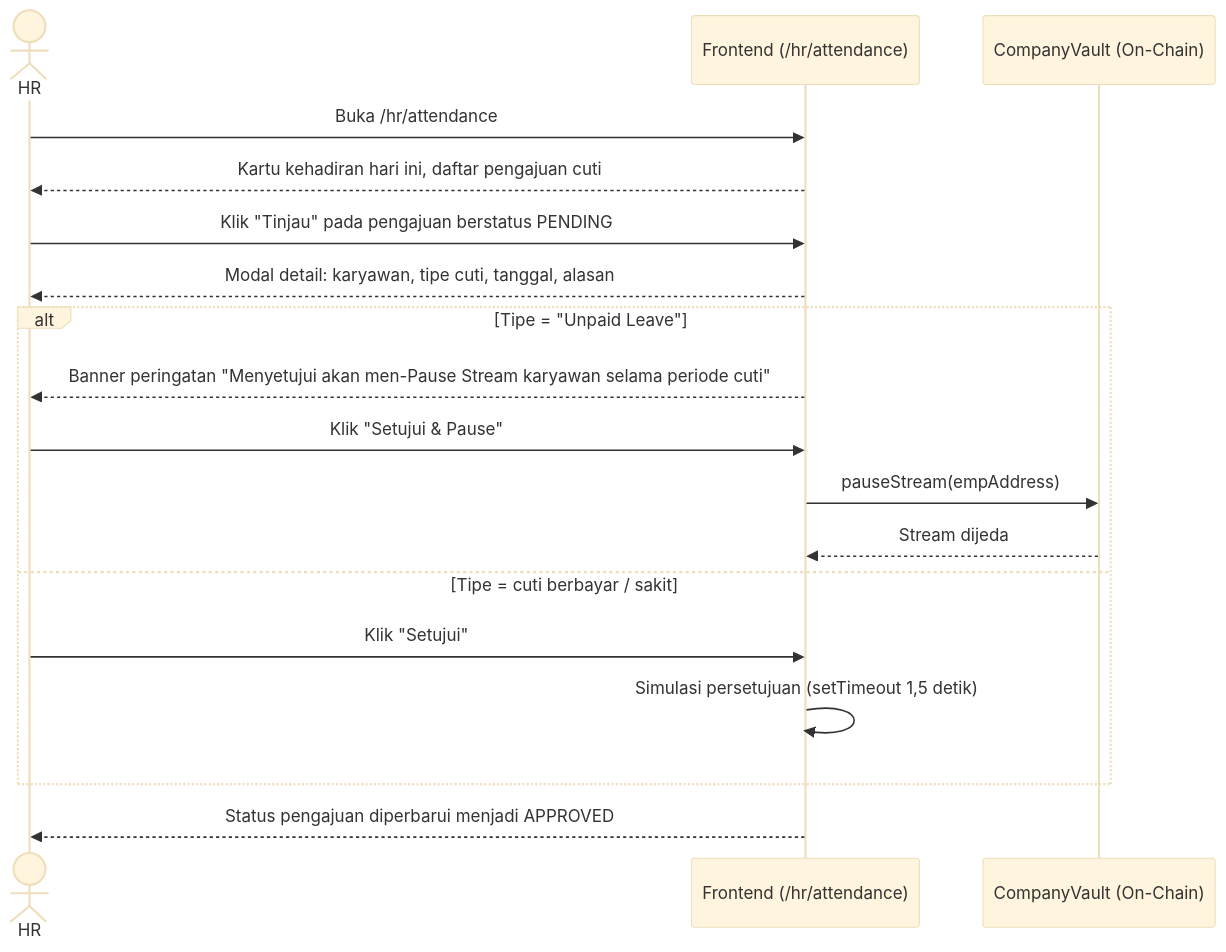
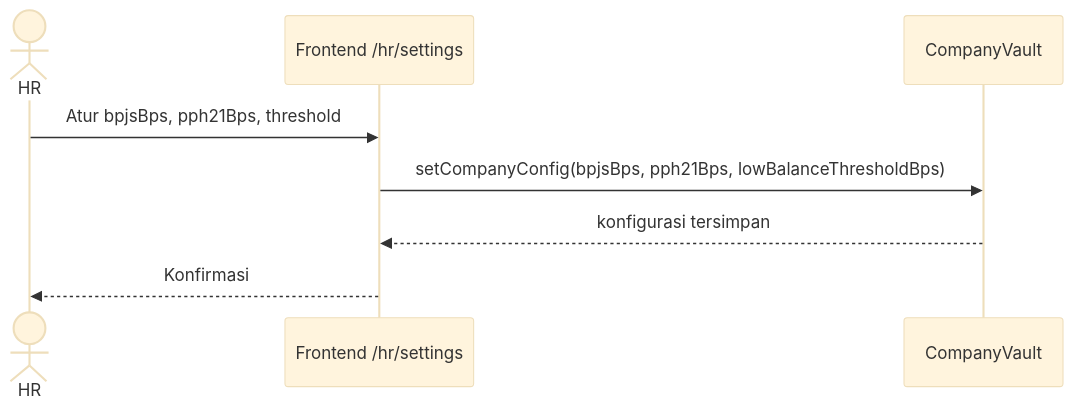
Before and after one commit to skripsi-payroll-dapp/docs: diagram 17 of 44 in docs/DPPL.md, drawn with Mermaid (base theme). The commit also changed other lines of this file and 4 other files, not shown here.

````diff
--- a/docs/DPPL.md
+++ b/docs/DPPL.md
@@ -1039,21 +820,10 @@
 ```mermaid
 sequenceDiagram
     actor HR
-    participant FE as Frontend (/hr/attendance)
-    participant Vault as CompanyVault (On-Chain)
-
-    HR->>FE: Buka /hr/attendance
-    FE-->>HR: Kartu kehadiran hari ini, daftar pengajuan cuti
-    HR->>FE: Klik "Tinjau" pada pengajuan berstatus PENDING
-    FE-->>HR: Modal detail: karyawan, tipe cuti, tanggal, alasan
-    alt Tipe = "Unpaid Leave"
-        FE-->>HR: Banner peringatan "Menyetujui akan men-Pause Stream karyawan selama periode cuti"
-        HR->>FE: Klik "Setujui & Pause"
-        FE->>Vault: pauseStream(empAddress)
-        Vault-->>FE: Stream dijeda
-    else Tipe = cuti berbayar / sakit
-        HR->>FE: Klik "Setujui"
-        FE->>FE: Simulasi persetujuan (setTimeout 1,5 detik)
-    end
-    FE-->>HR: Status pengajuan diperbarui menjadi APPROVED
+    participant FE as Frontend /hr/settings
+    participant V as CompanyVault
+    HR->>FE: Atur bpjsBps, pph21Bps, threshold
+    FE->>V: setCompanyConfig(bpjsBps, pph21Bps, lowBalanceThresholdBps)
+    V-->>FE: konfigurasi tersimpan
+    FE-->>HR: Konfirmasi
 ```
````
